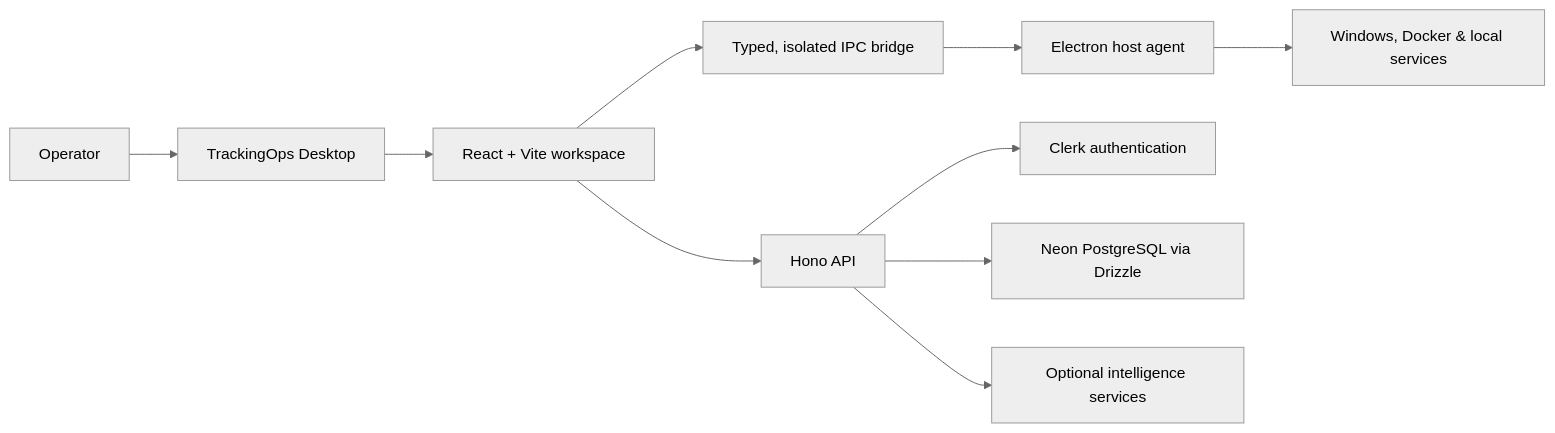
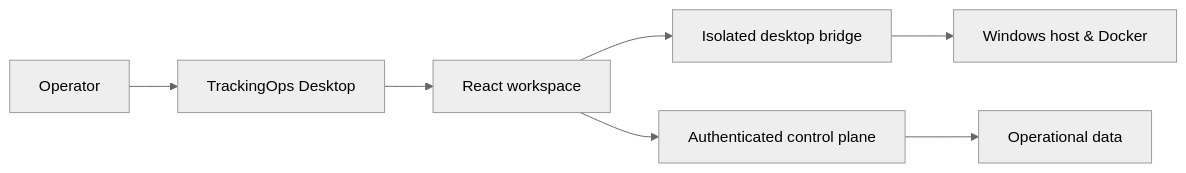
The diagram in README.md (Avomixs-Glitch/trackingops-showcase), drawn with Mermaid (neutral theme) before and after one commit. The commit also changed other lines of this file and 3 other files, not shown here.

````diff
--- a/README.md
+++ b/README.md
@@ -59,12 +100,9 @@
 ```mermaid
 flowchart LR
-  User[Operator] --> Desktop[TrackingOps Desktop]
-  Desktop --> UI[React + Vite workspace]
-  UI --> Bridge[Typed, isolated IPC bridge]
-  Bridge --> Agent[Electron host agent]
-  Agent --> OS[Windows, Docker & local services]
-  UI --> API[Hono API]
-  API --> Auth[Clerk authentication]
-  API --> Data[Neon PostgreSQL via Drizzle]
-  API --> Intelligence[Optional intelligence services]
+  Operator[Operator] --> Desktop[TrackingOps Desktop]
+  Desktop --> Workspace[React workspace]
+  Workspace --> Bridge[Isolated desktop bridge]
+  Bridge --> Host[Windows host & Docker]
+  Workspace --> Control[Authenticated control plane]
+  Control --> Data[Operational data]
 ```
````
